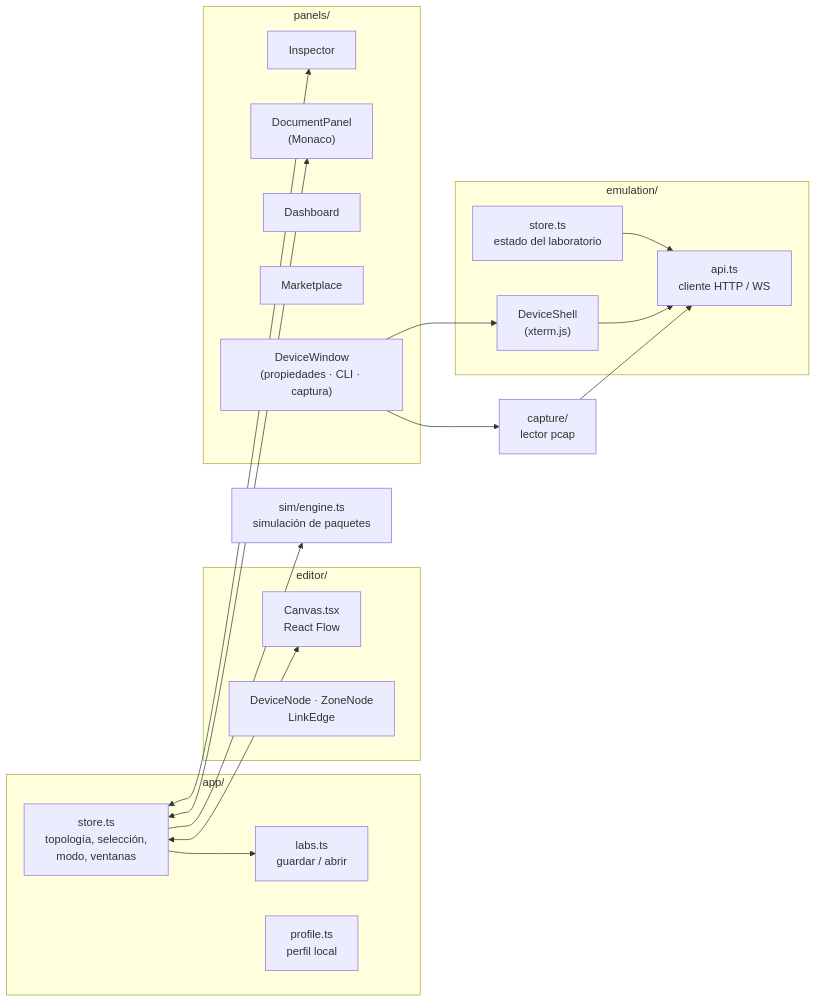
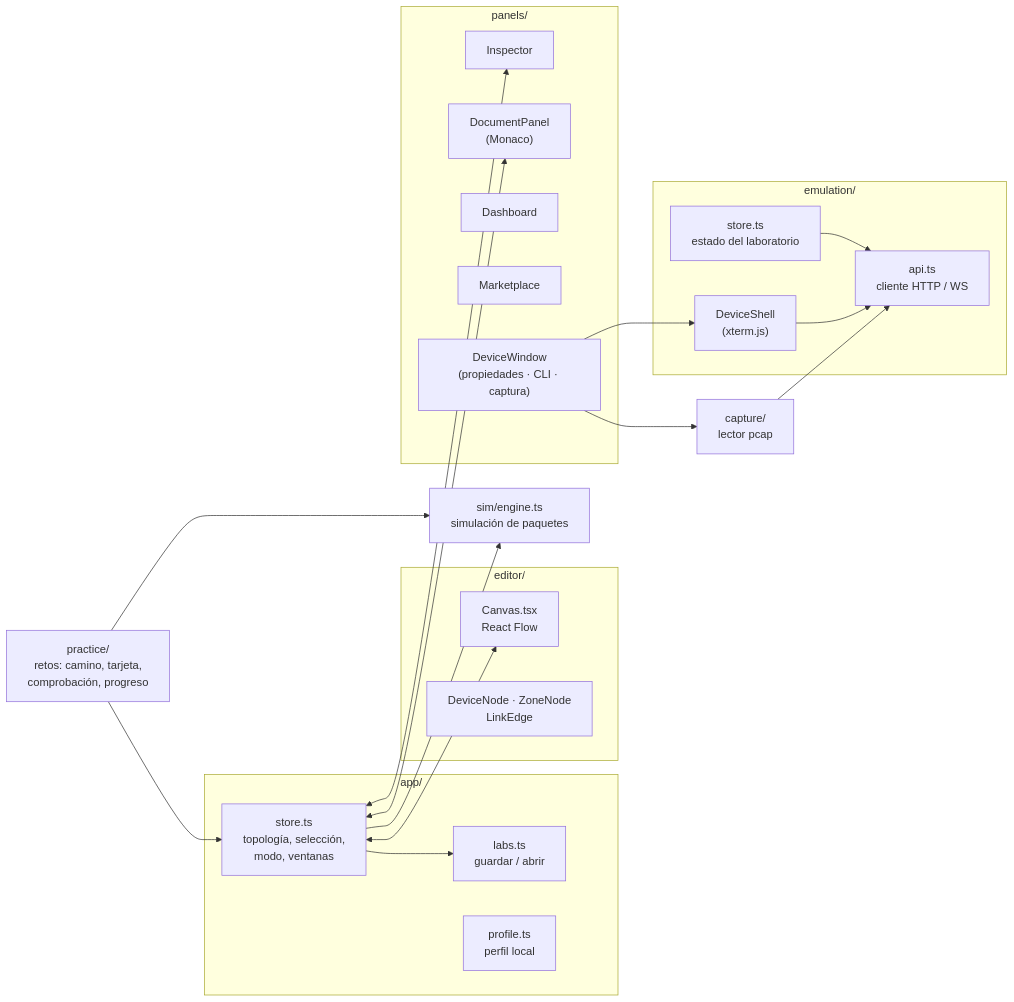
The third of 3 diagrams in docs/arquitectura.md (eirikrrrr/visualtracert-canvas), drawn with Mermaid before and after one commit. The commit also changed other lines of this file and 37 other files, not shown here.

````diff
--- a/docs/arquitectura.md
+++ b/docs/arquitectura.md
@@ -89,37 +89,40 @@
 ```mermaid
 flowchart LR
   subgraph app["app/"]
     store["store.ts<br/>topología, selección,<br/>modo, ventanas"]
     labs["labs.ts<br/>guardar / abrir"]
     profile["profile.ts<br/>perfil local"]
   end
   subgraph editor["editor/"]
     canvas["Canvas.tsx<br/>React Flow"]
     nodes["DeviceNode · ZoneNode<br/>LinkEdge"]
   end
   subgraph panels["panels/"]
     insp["Inspector"]
     docp["DocumentPanel<br/>(Monaco)"]
     dash["Dashboard"]
     market["Marketplace"]
     win["DeviceWindow<br/>(propiedades · CLI · captura)"]
   end
   subgraph emulation["emulation/"]
     est["store.ts<br/>estado del laboratorio"]
     api["api.ts<br/>cliente HTTP / WS"]
     shell["DeviceShell<br/>(xterm.js)"]
   end
   sim["sim/engine.ts<br/>simulación de paquetes"]
+  practice["practice/<br/>retos: camino, tarjeta,<br/>comprobación, progreso"]
+  practice --> sim
+  practice --> store
   cap["capture/<br/>lector pcap"]
 
   store <--> canvas
   store <--> insp
   store <--> docp
   store --> sim
   store --> labs
   win --> shell
   win --> cap
   est --> api
   shell --> api
   cap --> api
 ```
````
